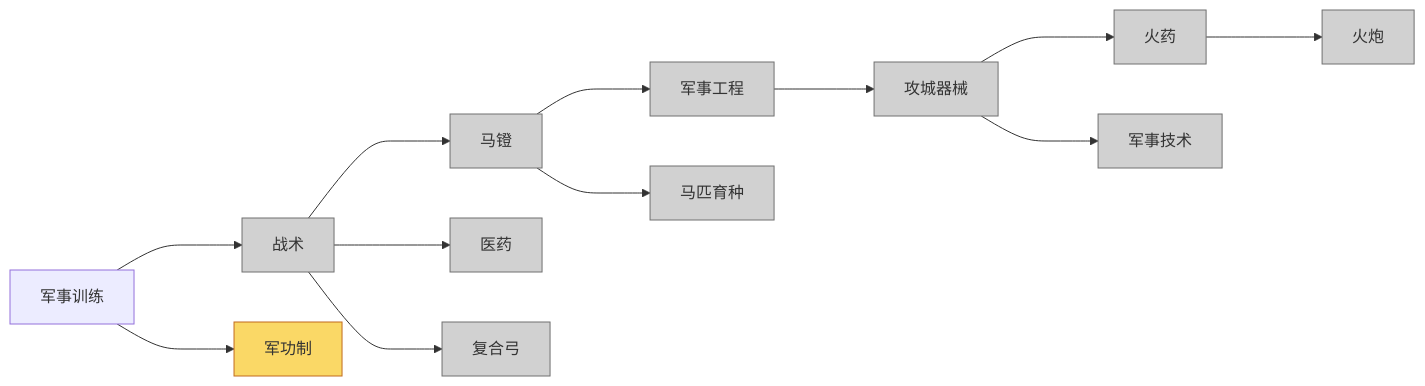
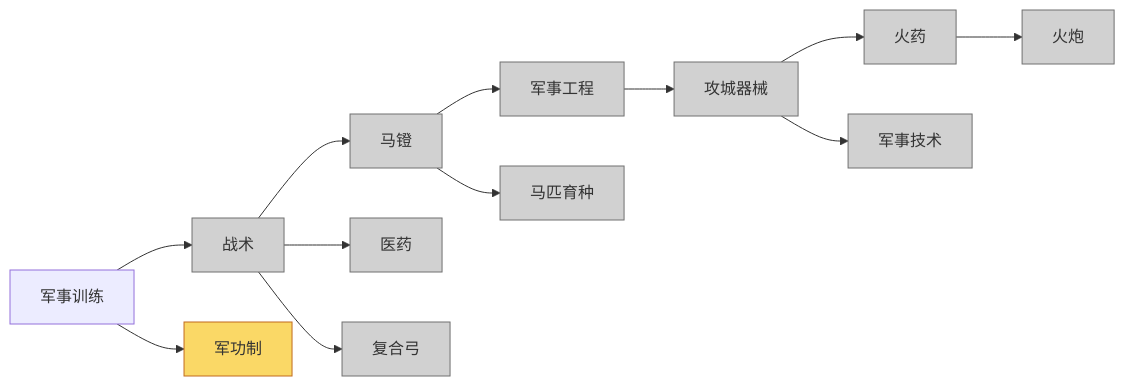
The fifth of 12 diagrams in 设计文档/建筑1.md (HkingAuditore/ToyEmpiresDocuments), drawn with Mermaid before and after one commit. The commit also changed other lines of this file and 1 other file, not shown here.

````diff
--- a/设计文档/建筑1.md
+++ b/设计文档/建筑1.md
@@ -312,15 +328,15 @@
     ``` mermaid
     flowchart LR
-        jsxl[军事训练] ---> zs[战术]:::notmain;
-        jsxl ---> jgz[军功制]:::target;
-        zs ---> md[马镫]:::notmain;
-        zs ---> yy[医药]:::notmain;
-        zs ---> fhg[复合弓]:::notmain;
-        md ---> jsgc[军事工程]:::notmain ---> gcqx[攻城器械]:::notmain;
-        md ---> mpyz[马匹育种]:::notmain;
-        gcqx ---> hy[火药]:::notmain ---> hp[火炮]:::notmain;
-        gcqx ---> jsjs[军事技术]:::notmain;
+        jsxl[军事训练] --> zs[战术]:::notmain;
+        jsxl --> jgz[军功制]:::target;
+        zs --> md[马镫]:::notmain;
+        zs --> yy[医药]:::notmain;
+        zs --> fhg[复合弓]:::notmain;
+        md --> jsgc[军事工程]:::notmain --> gcqx[攻城器械]:::notmain;
+        md --> mpyz[马匹育种]:::notmain;
+        gcqx --> hy[火药]:::notmain --> hp[火炮]:::notmain;
+        gcqx --> jsjs[军事技术]:::notmain;
 
     classDef notmain fill:#d1d1d1, stroke:#707070;
     classDef target fill:#fad866, stroke:#c16b1f;
     ```
````
